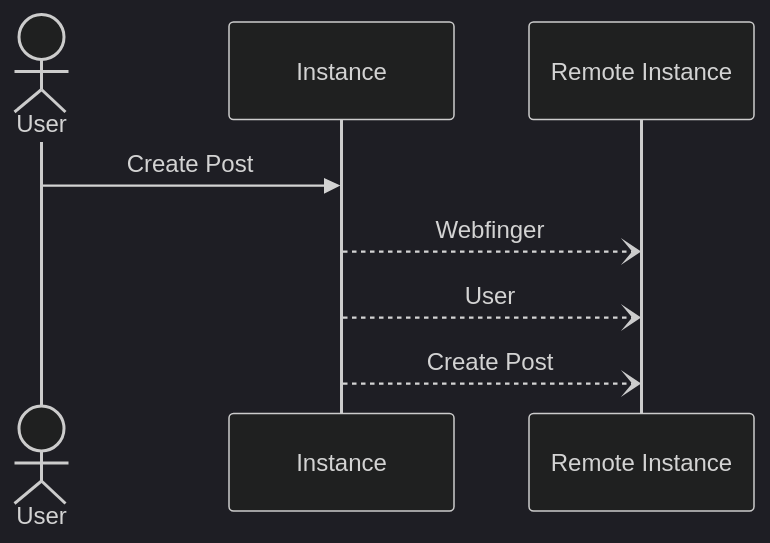
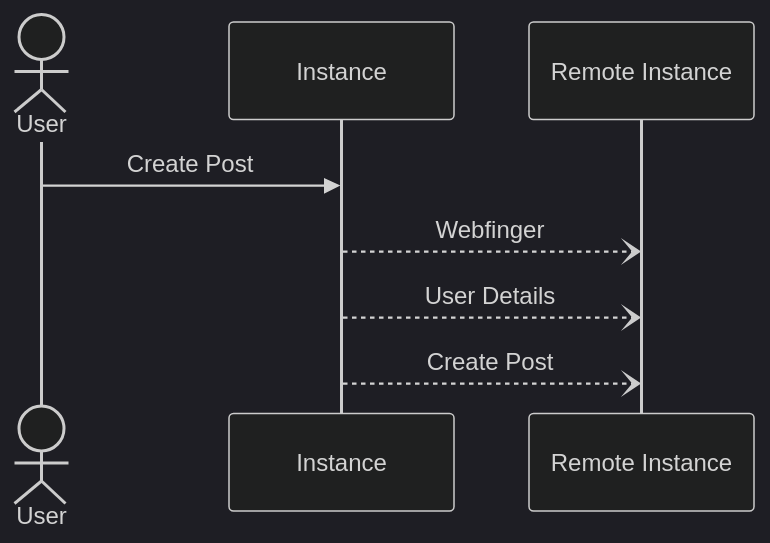
The diagram in create-post.md (boyter/activitypub), drawn with Mermaid (dark theme) before and after one commit. The commit also changed 1 other file, not shown here.

Commit message:
continue to build out

````diff
--- a/create-post.md
+++ b/create-post.md
@@ -24,8 +24,8 @@
 ```mermaid
 sequenceDiagram
     actor User
     User->>Instance: Create Post
     Instance--)Remote Instance: Webfinger
-    Instance--)Remote Instance: User
+    Instance--)Remote Instance: User Details
     Instance--)Remote Instance: Create Post
 ```
````
